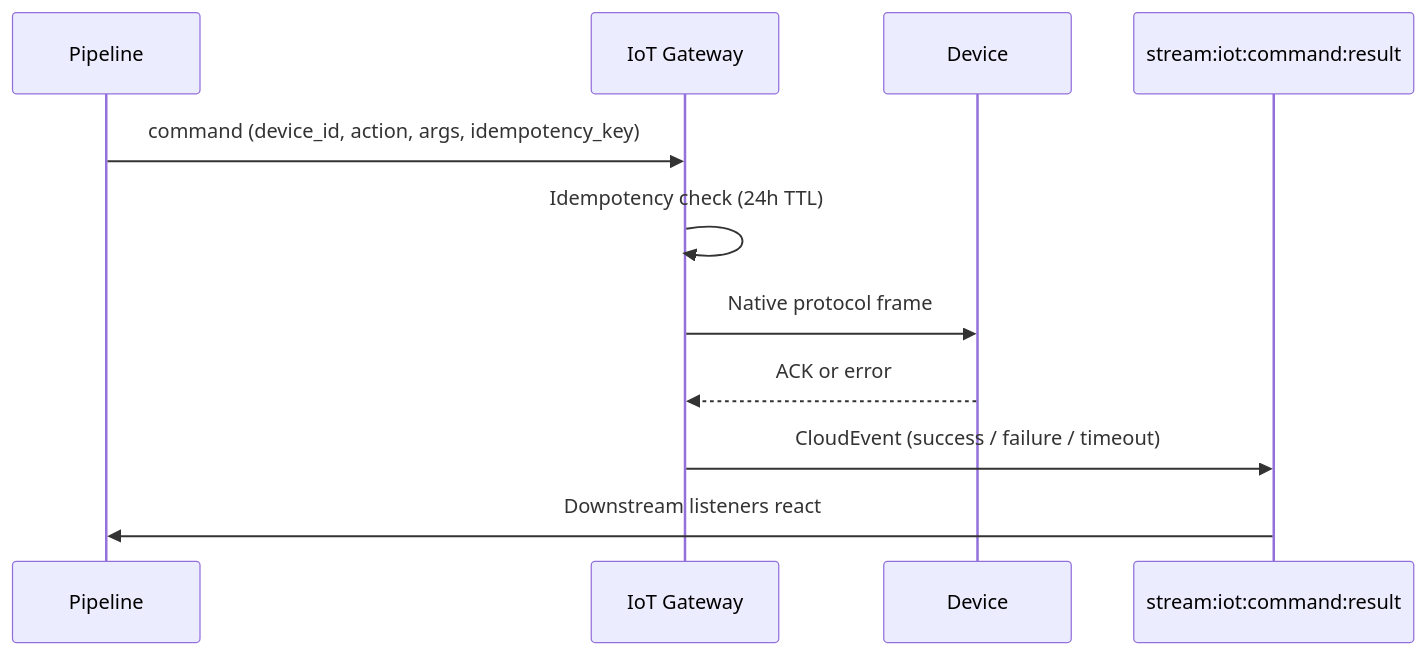
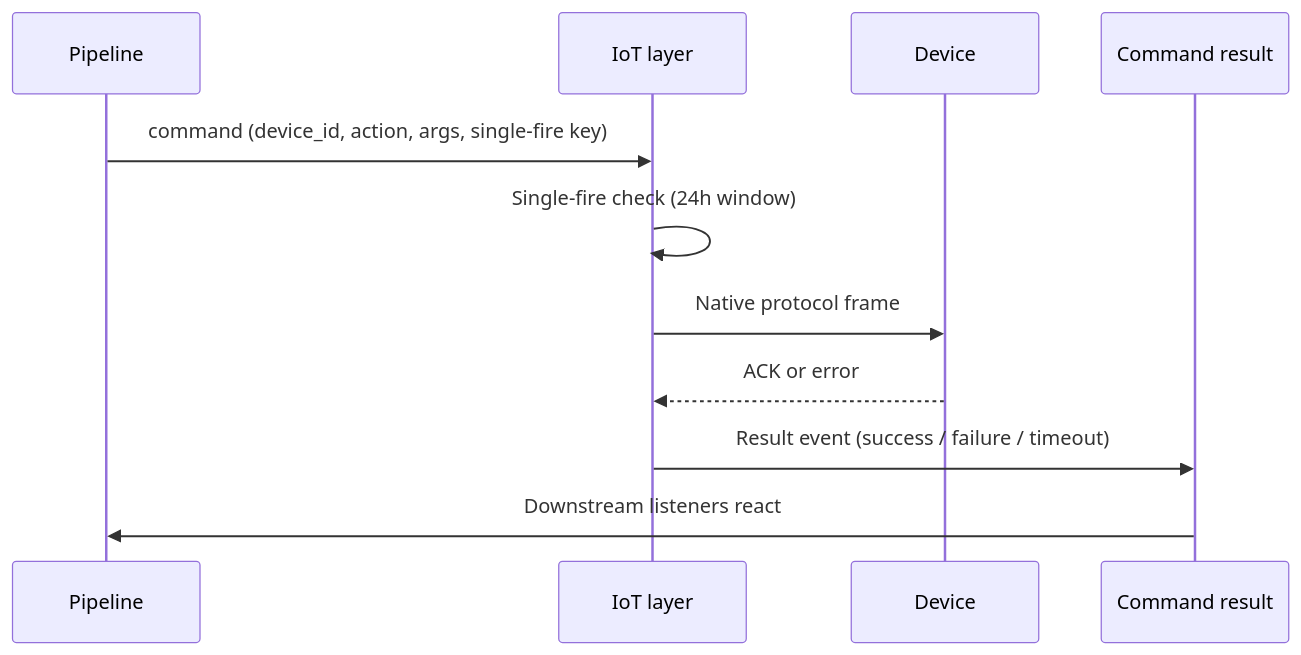
One commit to marmancakbay/mintlify-docs changed the diagram in iot/commands-and-control.mdx. Above: the diagram before and after it, drawn with Mermaid. The commit also changed other lines of this file and 2065 other files, not shown here.

````diff
--- a/iot/commands-and-control.mdx
+++ b/iot/commands-and-control.mdx
@@ -30,14 +30,14 @@
 ```mermaid
 sequenceDiagram
     participant Pipeline
-    participant Gateway as IoT Gateway
+    participant IoT as IoT layer
     participant Device
-    participant Result as stream:iot:command:result
+    participant Result as Command result
 
-    Pipeline->>Gateway: command (device_id, action, args, idempotency_key)
-    Gateway->>Gateway: Idempotency check (24h TTL)
-    Gateway->>Device: Native protocol frame
-    Device-->>Gateway: ACK or error
-    Gateway->>Result: CloudEvent (success / failure / timeout)
+    Pipeline->>IoT: command (device_id, action, args, single-fire key)
+    IoT->>IoT: Single-fire check (24h window)
+    IoT->>Device: Native protocol frame
+    Device-->>IoT: ACK or error
+    IoT->>Result: Result event (success / failure / timeout)
     Result->>Pipeline: Downstream listeners react
 ```
````
